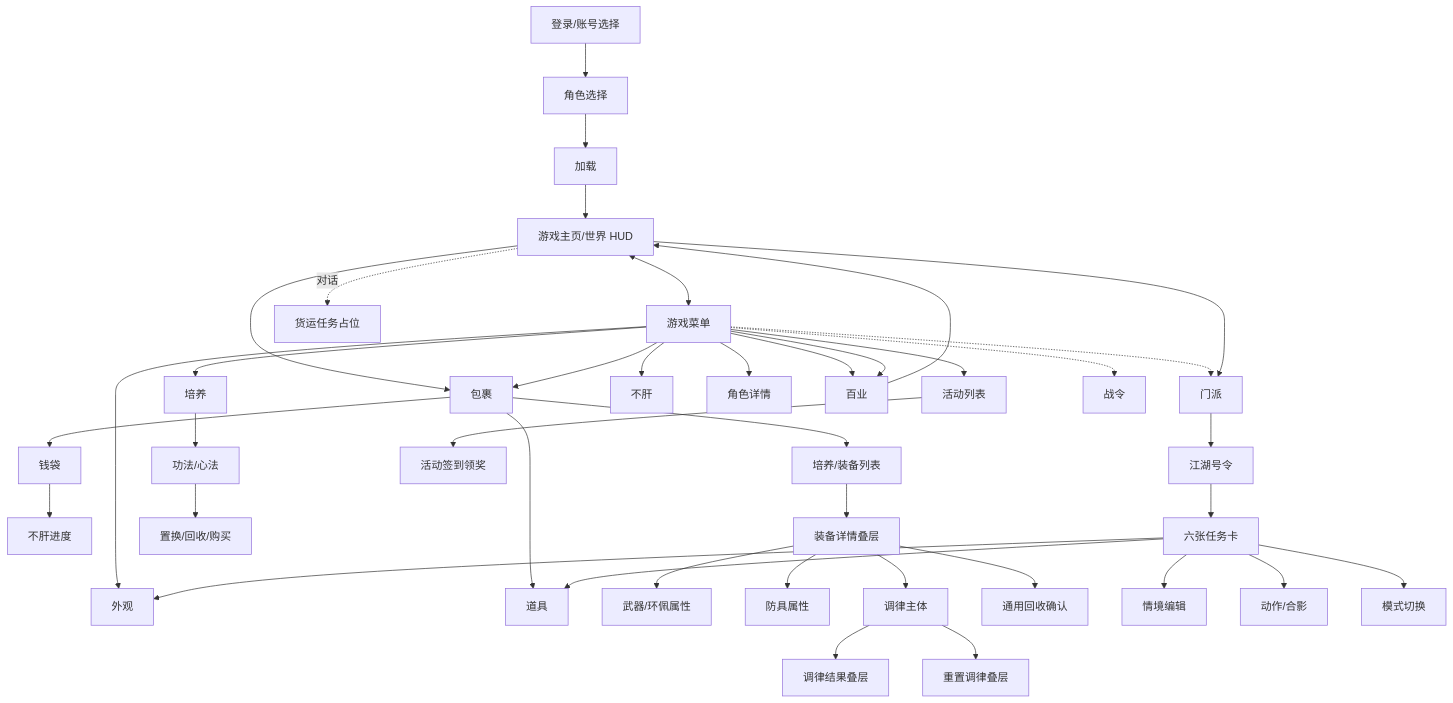
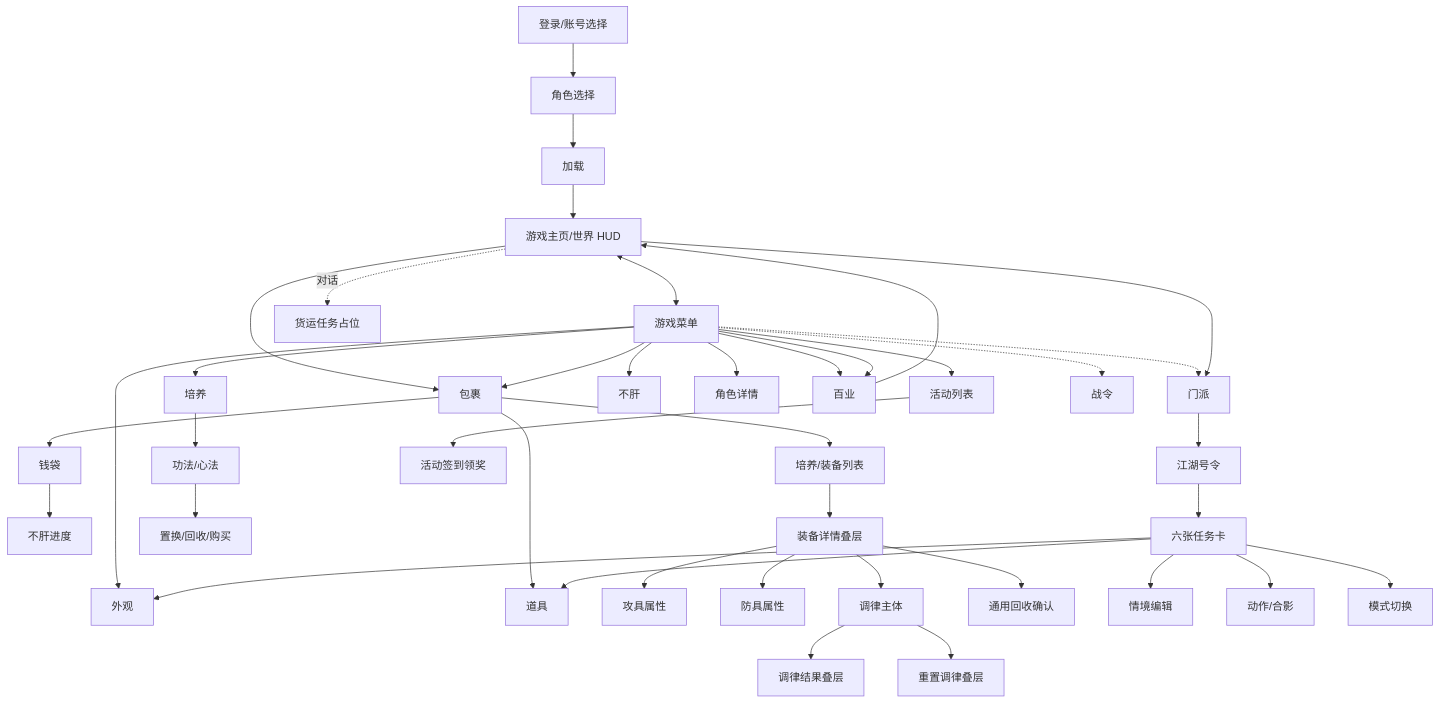
One commit to wanda1416/lvjiang changed the first of 2 diagrams in docs/10-game/05-ui-pages-and-relations.md. Above: the diagram before and after it, drawn with Mermaid. The commit also changed other lines of this file and 37 other files, not shown here.

````diff
--- a/docs/10-game/05-ui-pages-and-relations.md
+++ b/docs/10-game/05-ui-pages-and-relations.md
@@ -107,48 +107,48 @@
 ```mermaid
 flowchart TD
     Login[登录/账号选择] --> Roles[角色选择]
     Roles --> Loading[加载]
     Loading --> Main[游戏主页/世界 HUD]
 
     Main <--> Menu[游戏菜单]
     Main --> Bag[包裹]
     Menu --> Bag
     Menu --> Training[培养]
     Menu --> Activity[活动列表]
     Menu --> Appearance[外观]
     Menu --> Bugan[不肝]
     Menu --> Role[角色详情]
     Menu --> Baiye[百业]
     Menu -.-> School[门派]
     Menu -.-> BattlePass[战令]
 
     Bag --> EquipBag[培养/装备列表]
     Bag --> ItemBag[道具]
     Bag --> Wallet[钱袋]
     Wallet --> BuganProgress[不肝进度]
 
     EquipBag --> EquipOverlay[装备详情叠层]
-    EquipOverlay --> WeaponData[武器/环佩属性]
+    EquipOverlay --> WeaponData[攻具属性]
     EquipOverlay --> ArmorData[防具属性]
     EquipOverlay --> Tune[调律主体]
     Tune --> TuneResult[调律结果叠层]
     Tune --> Reset[重置调律叠层]
     EquipOverlay --> Recycle[通用回收确认]
 
     Training --> Xinfa[功法/心法]
     Xinfa --> XinfaSwap[置换/回收/购买]
 
     Activity --> Checkin[活动签到领奖]
     Main --> School
     School --> Haoling[江湖号令]
     Haoling --> Cards[六张任务卡]
     Cards --> Appearance
     Cards --> Qingjing[情境编辑]
     Cards --> Action[动作/合影]
     Cards --> ItemBag
     Cards --> Mode[模式切换]
 
     Menu --> Baiye
     Baiye --> Main
     Main -.对话.-> Freight[货运任务占位]
 ```
````
